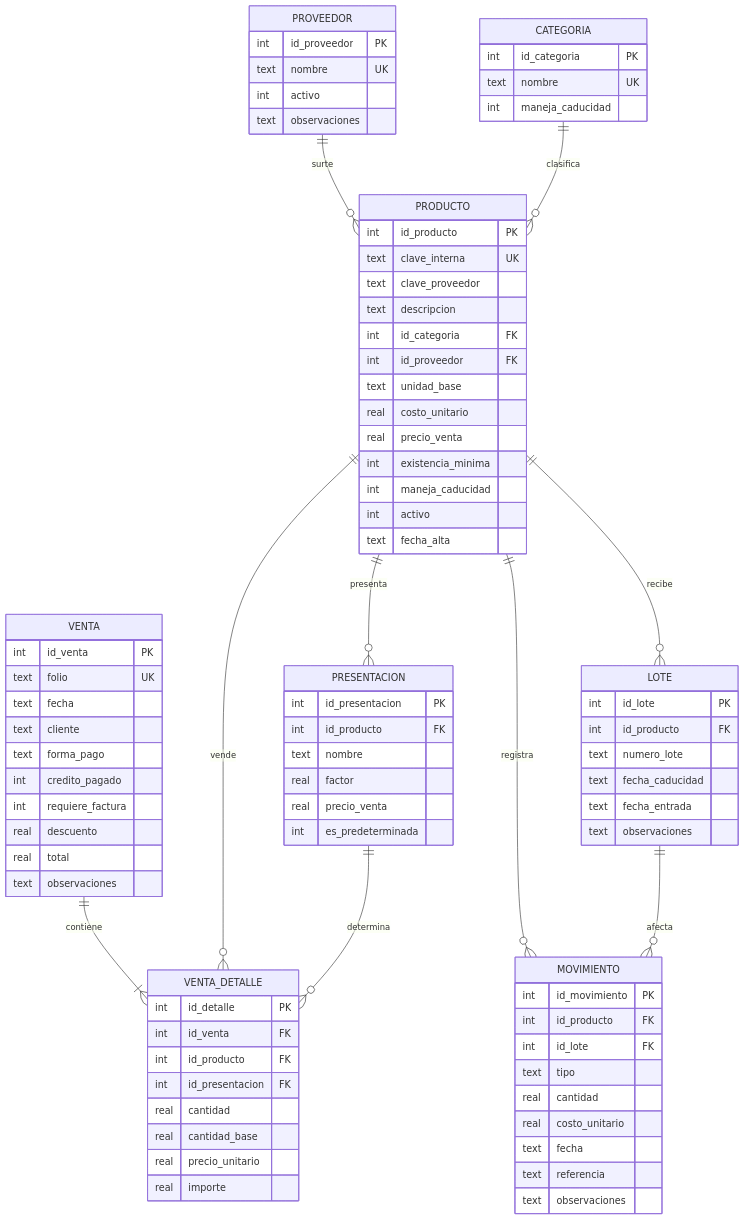
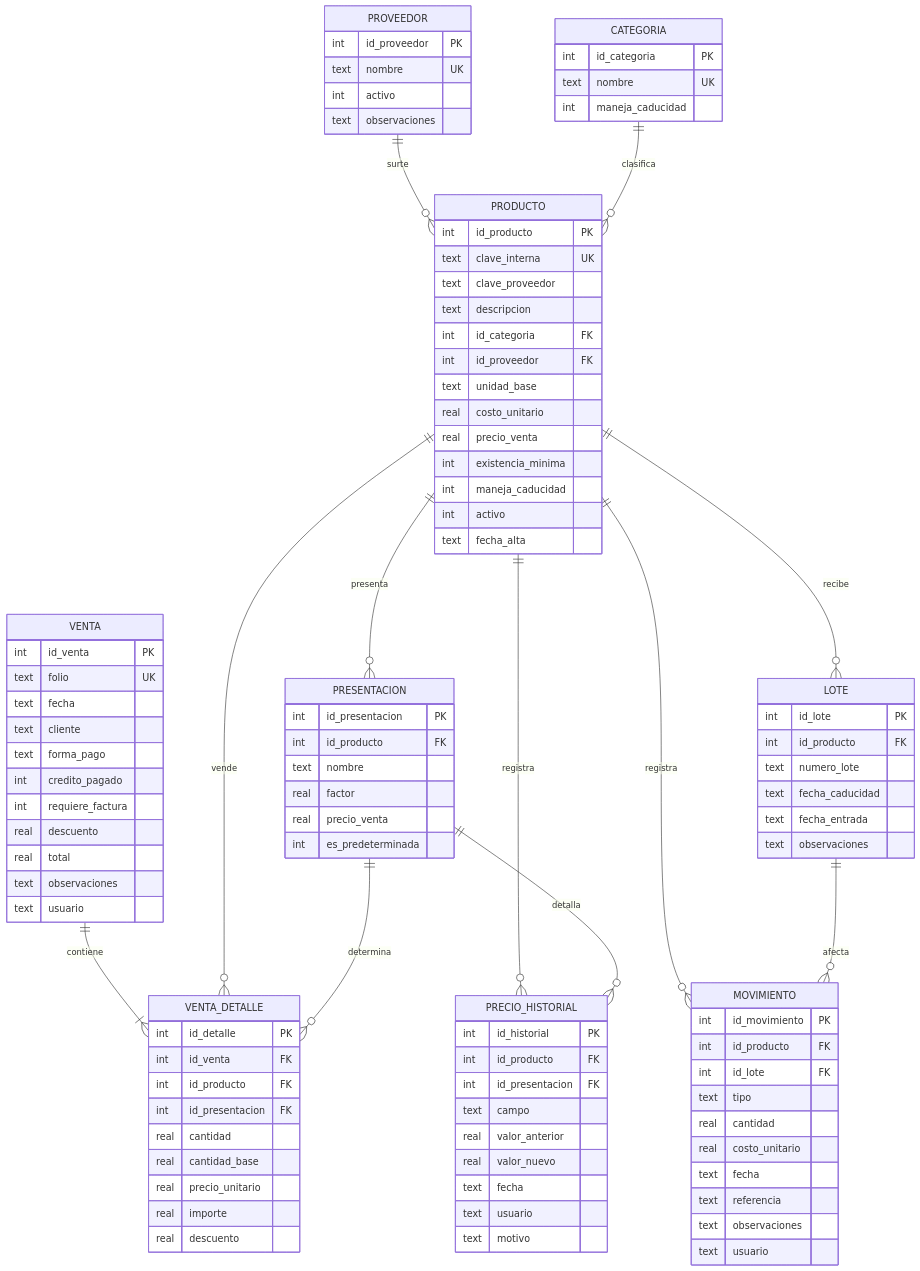
One commit to irak-berman/sistema-herson changed the diagram in docs/modelo-datos.md. Above: the diagram before and after it, drawn with Mermaid. The commit also changed other lines of this file and 15 other files, not shown here.

````diff
--- a/docs/modelo-datos.md
+++ b/docs/modelo-datos.md
@@ -23,6 +23,8 @@
     VENTA ||--|{ VENTA_DETALLE : contiene
     PRODUCTO ||--o{ VENTA_DETALLE : vende
     PRESENTACION ||--o{ VENTA_DETALLE : determina
+    PRODUCTO ||--o{ PRECIO_HISTORIAL : registra
+    PRESENTACION ||--o{ PRECIO_HISTORIAL : detalla
 
     PROVEEDOR {
         int id_proveedor PK
@@ -81,6 +83,7 @@
         text fecha
         text referencia
         text observaciones
+        text usuario
     }
 
     VENTA {
@@ -94,6 +97,7 @@
         real descuento
         real total
         text observaciones
+        text usuario
     }
 
     VENTA_DETALLE {
@@ -105,5 +109,18 @@
         real cantidad_base
         real precio_unitario
         real importe
+        real descuento
+    }
+
+    PRECIO_HISTORIAL {
+        int id_historial PK
+        int id_producto FK
+        int id_presentacion FK
+        text campo
+        real valor_anterior
+        real valor_nuevo
+        text fecha
+        text usuario
+        text motivo
     }
 ```
````
